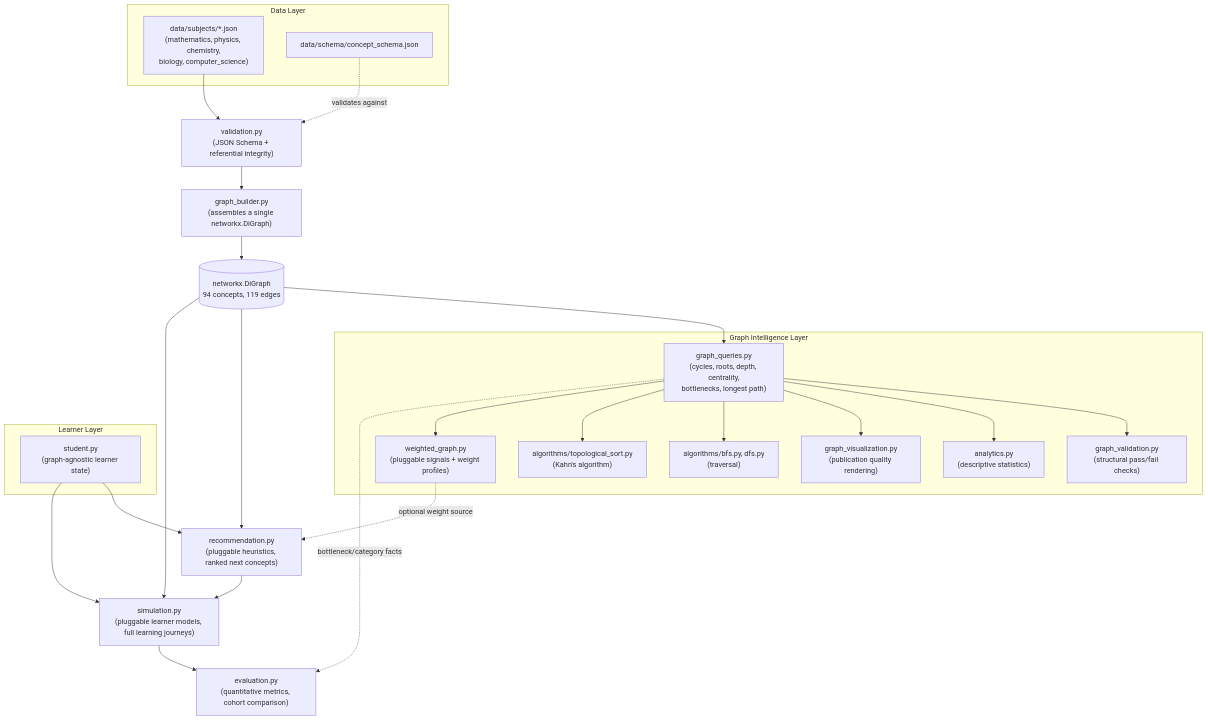
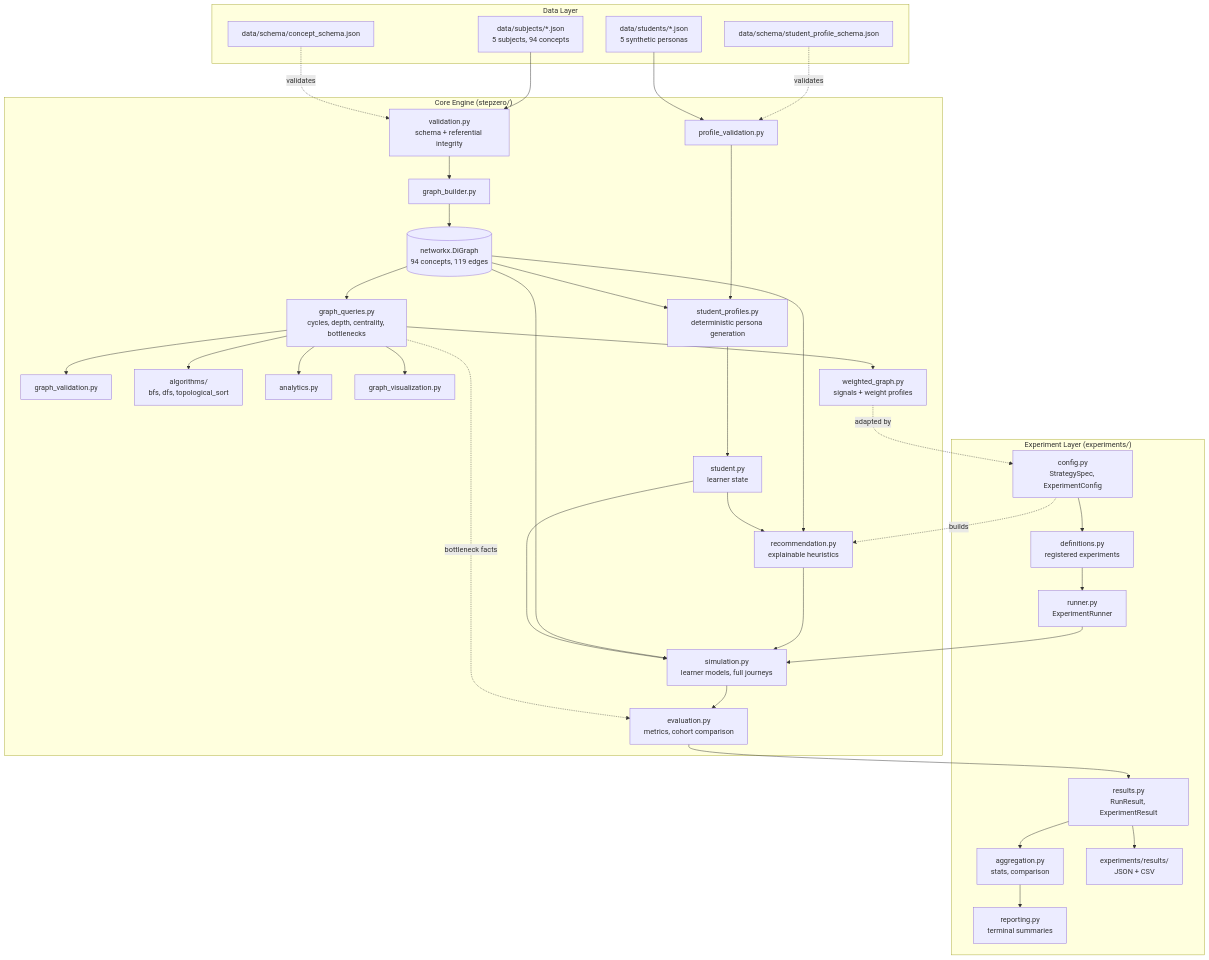
The diagram in README.md (RSD17/project-stepzero), drawn with Mermaid before and after one commit. The commit also changed other lines of this file and 21 other files, not shown here.

````diff
--- a/README.md
+++ b/README.md
@@ -151,46 +143,70 @@
 ```mermaid
 flowchart TD
     subgraph DATA["Data Layer"]
-        JSON["data/subjects/*.json<br/>(mathematics, physics, chemistry,<br/>biology, computer_science)"]
-        SCHEMA["data/schema/concept_schema.json"]
+        SUBJ["data/subjects/*.json<br/>5 subjects, 94 concepts"]
+        CSCH["data/schema/concept_schema.json"]
+        PROF["data/students/*.json<br/>5 synthetic personas"]
+        PSCH["data/schema/student_profile_schema.json"]
     end
 
-    JSON --> VALID["validation.py<br/>(JSON Schema + referential integrity)"]
-    SCHEMA -.validates against.-> VALID
-    VALID --> BUILD["graph_builder.py<br/>(assembles a single networkx.DiGraph)"]
-
-    BUILD --> GRAPH[("networkx.DiGraph<br/>94 concepts, 119 edges")]
-
-    subgraph INTEL["Graph Intelligence Layer"]
-        QUERIES["graph_queries.py<br/>(cycles, roots, depth, centrality,<br/>bottlenecks, longest path)"]
-        GVALID["graph_validation.py<br/>(structural pass/fail checks)"]
-        ANALYTICS["analytics.py<br/>(descriptive statistics)"]
-        VIZ["graph_visualization.py<br/>(publication quality rendering)"]
-        BFSDFS["algorithms/bfs.py, dfs.py<br/>(traversal)"]
-        TOPO["algorithms/topological_sort.py<br/>(Kahn's algorithm)"]
-        WEIGHTED["weighted_graph.py<br/>(pluggable signals + weight profiles)"]
+    subgraph ENGINE["Core Engine (stepzero/)"]
+        VALID["validation.py<br/>schema + referential integrity"]
+        BUILD["graph_builder.py"]
+        GRAPH[("networkx.DiGraph<br/>94 concepts, 119 edges")]
+        QUERY["graph_queries.py<br/>cycles, depth, centrality, bottlenecks"]
+        GVAL["graph_validation.py"]
+        ALGO["algorithms/<br/>bfs, dfs, topological_sort"]
+        ANLY["analytics.py"]
+        VIZ["graph_visualization.py"]
+        PVAL["profile_validation.py"]
+        SPROF["student_profiles.py<br/>deterministic persona generation"]
+        STUD["student.py<br/>learner state"]
+        WGT["weighted_graph.py<br/>signals + weight profiles"]
+        REC["recommendation.py<br/>explainable heuristics"]
+        SIM["simulation.py<br/>learner models, full journeys"]
+        EVAL["evaluation.py<br/>metrics, cohort comparison"]
     end
 
-    GRAPH --> QUERIES
-    QUERIES --> GVALID
-    QUERIES --> ANALYTICS
-    QUERIES --> VIZ
-    QUERIES --> BFSDFS
-    QUERIES --> TOPO
-    QUERIES --> WEIGHTED
-
-    subgraph LEARNER["Learner Layer"]
-        STUDENT["student.py<br/>(graph-agnostic learner state)"]
+    subgraph EXP["Experiment Layer (experiments/)"]
+        CFG["config.py<br/>StrategySpec, ExperimentConfig"]
+        DEFS["definitions.py<br/>registered experiments"]
+        RUN["runner.py<br/>ExperimentRunner"]
+        RES["results.py<br/>RunResult, ExperimentResult"]
+        AGG["aggregation.py<br/>stats, comparison"]
+        REP["reporting.py<br/>terminal summaries"]
+        OUT["experiments/results/<br/>JSON + CSV"]
     end
 
-    GRAPH --> REC["recommendation.py<br/>(pluggable heuristics, ranked next concepts)"]
-    STUDENT --> REC
-    WEIGHTED -.optional weight source.-> REC
+    SUBJ --> VALID
+    CSCH -.validates.-> VALID
+    VALID --> BUILD --> GRAPH
 
-    REC --> SIM["simulation.py<br/>(pluggable learner models, full learning journeys)"]
+    GRAPH --> QUERY
+    QUERY --> GVAL
+    QUERY --> ANLY
+    QUERY --> VIZ
+    QUERY --> ALGO
+    QUERY --> WGT
+
+    PSCH -.validates.-> PVAL
+    PROF --> PVAL --> SPROF
+    SPROF --> STUD
+    GRAPH --> SPROF
+
+    GRAPH --> REC
+    STUD --> REC
+    WGT -.adapted by.-> CFG
+
+    REC --> SIM
     GRAPH --> SIM
-    STUDENT --> SIM
+    STUD --> SIM
+    SIM --> EVAL
+    QUERY -.bottleneck facts.-> EVAL
 
-    SIM --> EVAL["evaluation.py<br/>(quantitative metrics, cohort comparison)"]
-    QUERIES -.bottleneck/category facts.-> EVAL
+    CFG --> DEFS --> RUN
+    CFG -.builds.-> REC
+    RUN --> SIM
+    EVAL --> RES
+    RES --> AGG --> REP
+    RES --> OUT
 ```
````
